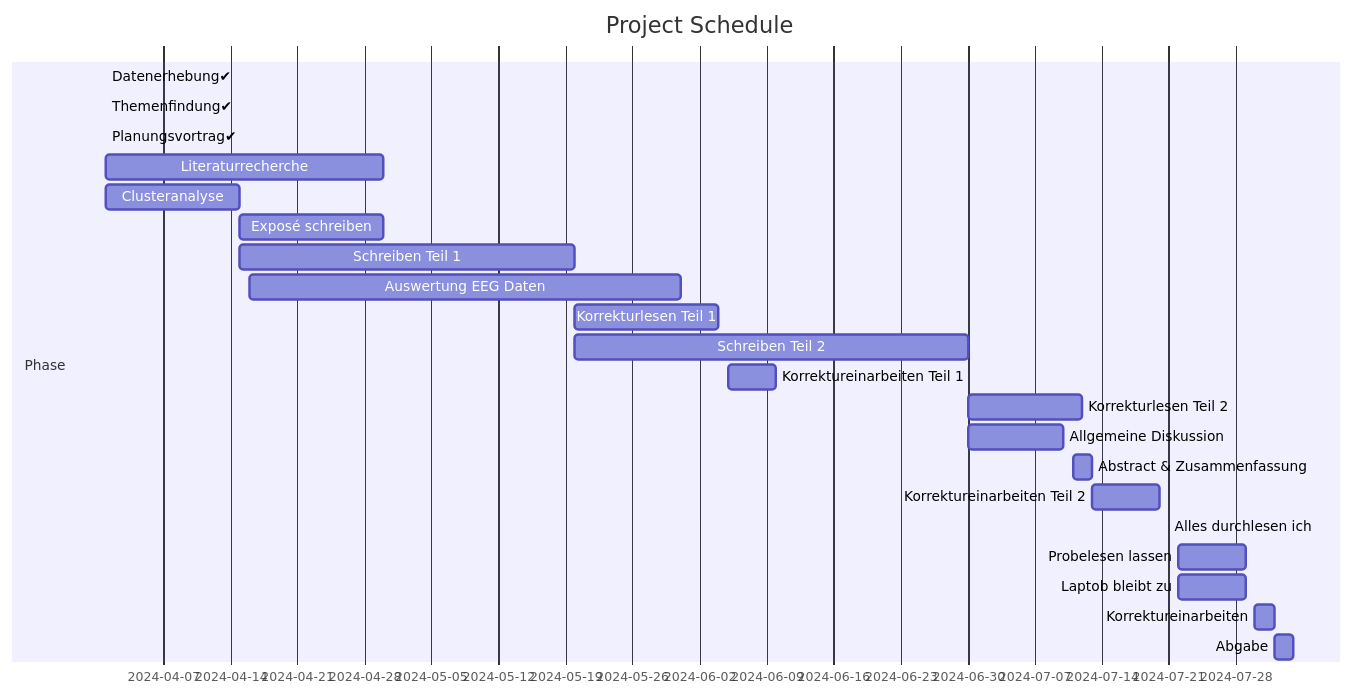
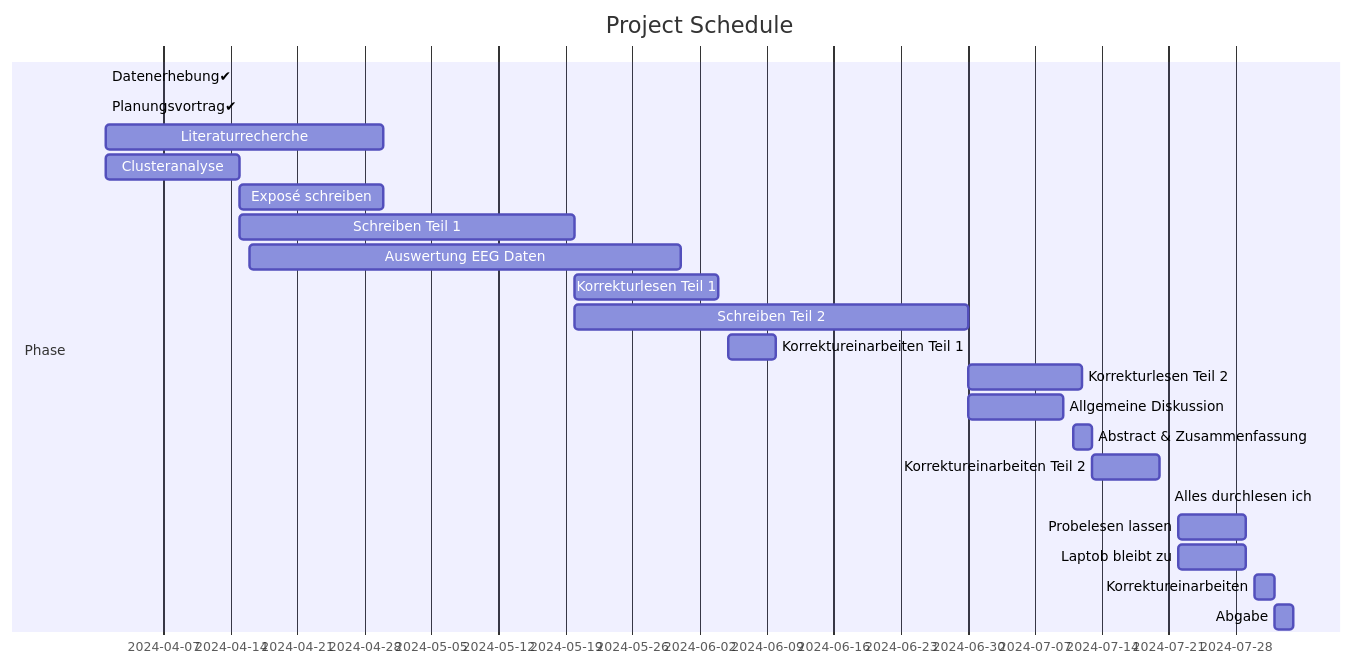
The diagram in README.md (JankaMarlene/masters_thesis), drawn with Mermaid before and after one commit.

````diff
--- a/README.md
+++ b/README.md
@@ -8,27 +8,29 @@
 ```mermaid
 gantt
     title Project Schedule
     dateFormat YYYY-MM-DD
 
     section Phase
     Datenerhebung✔            : 2024-04-01, 2024-04-01
-    Themenfindung✔            : 2024-04-01, 2024-04-01
     Planungsvortrag✔          : 2024-04-01, 2024-04-01
     Literaturrecherche         : 2024-04-01, 2024-04-30
     Clusteranalyse             : 2024-04-01, 2024-04-15
     Exposé schreiben           : 2024-04-15, 2024-04-30
     Schreiben Teil 1           : 2024-04-15, 2024-05-20
     Auswertung EEG Daten       : 2024-04-16, 2024-05-31
     Korrekturlesen Teil 1      : 2024-05-20, 2024-06-04
     Schreiben Teil 2           : 2024-05-20, 2024-06-30
     Korrektureinarbeiten Teil 1 : 2024-06-05, 2024-06-10
     Korrekturlesen Teil 2      : 2024-06-30, 2024-07-12
     Allgemeine Diskussion      : 2024-06-30, 2024-07-10
     Abstract & Zusammenfassung : 2024-07-11, 2024-07-13
     Korrektureinarbeiten Teil 2 : 2024-07-13, 2024-07-20
     Alles durchlesen ich       : 2024-07-21, 2024-07-21
     Probelesen lassen          : 2024-07-22, 2024-07-29
     Laptob bleibt zu           : 2024-07-22, 2024-07-29
     Korrektureinarbeiten       : 2024-07-30, 2024-08-01           
     Abgabe                     : 2024-08-01, 2024-08-03
+
+
+
 ```
````
